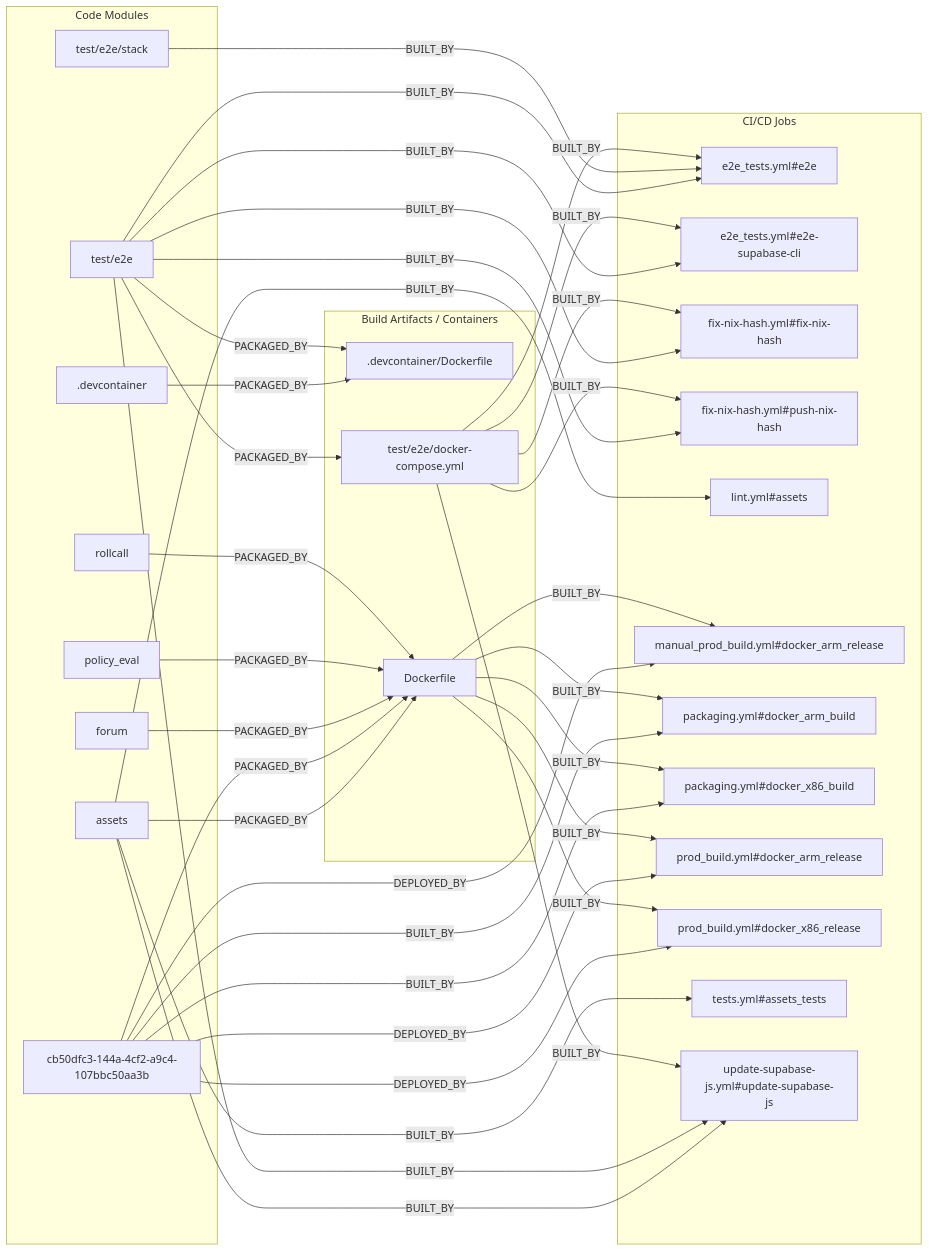
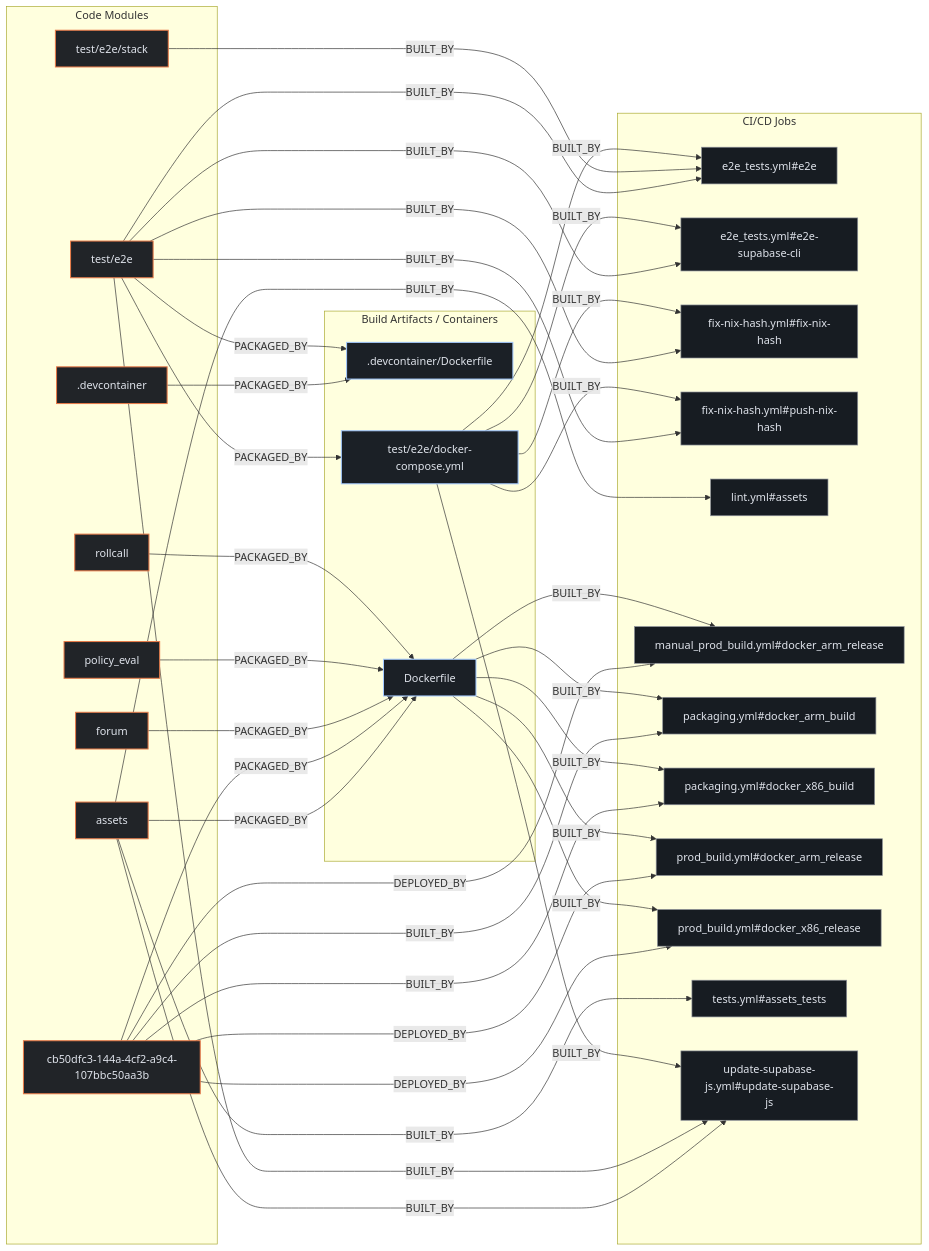
The second of 3 diagrams in exports/latest/reports/supabase-realtime-report.md (kumarshaz/atruss-code-atlas), drawn with Mermaid before and after one commit. The commit also changed other lines of this file and 331 other files, not shown here.

Commit message:
docs,ui,fix: update SDLC docs, reorder CI/CD DAG first, stylize Mermaid, and fix Arc42 pipeline topology

````diff
--- a/exports/latest/reports/supabase-realtime-report.md
+++ b/exports/latest/reports/supabase-realtime-report.md
@@ -220,64 +227,68 @@
 ```mermaid
 flowchart LR
+    classDef atlasCategory fill:#212428,stroke:#E87A48,stroke-width:1.5px,color:#dfe3eb
+    classDef atlasWorkflow fill:#1b2026,stroke:#a3c9ff,stroke-width:1.5px,color:#dfe3eb
+    classDef atlasJob fill:#171c22,stroke:#8d9199,stroke-width:1px,color:#dfe3eb
+    classDef atlasTarget fill:#005227,stroke:#8bd99b,stroke-width:1.5px,color:#a7f6b6
     subgraph code_modules["Code Modules"]
-        mod__devcontainer[".devcontainer"]
-        mod_assets["assets"]
-        mod_cb50dfc3_144a_4cf2_a9c4_107bbc50aa3b["cb50dfc3-144a-4cf2-a9c4-107bbc50aa3b"]
-        mod_forum["forum"]
-        mod_policy_eval["policy_eval"]
-        mod_rollcall["rollcall"]
-        mod_test_e2e["test/e2e"]
-        mod_test_e2e_stack["test/e2e/stack"]
+        mod__devcontainer[".devcontainer"]:::atlasCategory
+        mod_assets["assets"]:::atlasCategory
+        mod_cb50dfc3_144a_4cf2_a9c4_107bbc50aa3b["cb50dfc3-144a-4cf2-a9c4-107bbc50aa3b"]:::atlasCategory
+        mod_forum["forum"]:::atlasCategory
+        mod_policy_eval["policy_eval"]:::atlasCategory
+        mod_rollcall["rollcall"]:::atlasCategory
+        mod_test_e2e["test/e2e"]:::atlasCategory
+        mod_test_e2e_stack["test/e2e/stack"]:::atlasCategory
     end
     subgraph build_artifacts["Build Artifacts / Containers"]
-        art__devcontainer_Dockerfile[".devcontainer/Dockerfile"]
-        art_Dockerfile["Dockerfile"]
-        art_test_e2e_docker_compose_yml["test/e2e/docker-compose.yml"]
+        art__devcontainer_Dockerfile[".devcontainer/Dockerfile"]:::atlasWorkflow
+        art_Dockerfile["Dockerfile"]:::atlasWorkflow
+        art_test_e2e_docker_compose_yml["test/e2e/docker-compose.yml"]:::atlasWorkflow
     end
     subgraph ci_jobs["CI/CD Jobs"]
-        job_e2e_tests_yml_e2e["e2e_tests.yml#e2e"]
-        job_e2e_tests_yml_e2e_supabase_cli["e2e_tests.yml#e2e-supabase-cli"]
-        job_fix_nix_hash_yml_fix_nix_hash["fix-nix-hash.yml#fix-nix-hash"]
-        job_fix_nix_hash_yml_push_nix_hash["fix-nix-hash.yml#push-nix-hash"]
-        job_lint_yml_assets["lint.yml#assets"]
-        job_manual_prod_build_yml_docker_arm_release["manual_prod_build.yml#docker_arm_release"]
-        job_packaging_yml_docker_arm_build["packaging.yml#docker_arm_build"]
-        job_packaging_yml_docker_x86_build["packaging.yml#docker_x86_build"]
-        job_prod_build_yml_docker_arm_release["prod_build.yml#docker_arm_release"]
-        job_prod_build_yml_docker_x86_release["prod_build.yml#docker_x86_release"]
-        job_tests_yml_assets_tests["tests.yml#assets_tests"]
-        job_update_supabase_js_yml_update_supabase_js["update-supabase-js.yml#update-supabase-js"]
+        job_e2e_tests_yml_e2e["e2e_tests.yml#e2e"]:::atlasJob
+        job_e2e_tests_yml_e2e_supabase_cli["e2e_tests.yml#e2e-supabase-cli"]:::atlasJob
+        job_fix_nix_hash_yml_fix_nix_hash["fix-nix-hash.yml#fix-nix-hash"]:::atlasJob
+        job_fix_nix_hash_yml_push_nix_hash["fix-nix-hash.yml#push-nix-hash"]:::atlasJob
+        job_lint_yml_assets["lint.yml#assets"]:::atlasJob
+        job_manual_prod_build_yml_docker_arm_release["manual_prod_build.yml#docker_arm_release"]:::atlasJob
+        job_packaging_yml_docker_arm_build["packaging.yml#docker_arm_build"]:::atlasJob
+        job_packaging_yml_docker_x86_build["packaging.yml#docker_x86_build"]:::atlasJob
+        job_prod_build_yml_docker_arm_release["prod_build.yml#docker_arm_release"]:::atlasJob
+        job_prod_build_yml_docker_x86_release["prod_build.yml#docker_x86_release"]:::atlasJob
+        job_tests_yml_assets_tests["tests.yml#assets_tests"]:::atlasJob
+        job_update_supabase_js_yml_update_supabase_js["update-supabase-js.yml#update-supabase-js"]:::atlasJob
     end
     mod__devcontainer -->|PACKAGED_BY| art__devcontainer_Dockerfile
     mod_assets -->|BUILT_BY| job_lint_yml_assets
     mod_assets -->|BUILT_BY| job_tests_yml_assets_tests
     mod_assets -->|BUILT_BY| job_update_supabase_js_yml_update_supabase_js
     mod_assets -->|PACKAGED_BY| art_Dockerfile
     mod_cb50dfc3_144a_4cf2_a9c4_107bbc50aa3b -->|BUILT_BY| job_packaging_yml_docker_arm_build
     mod_cb50dfc3_144a_4cf2_a9c4_107bbc50aa3b -->|BUILT_BY| job_packaging_yml_docker_x86_build
     mod_cb50dfc3_144a_4cf2_a9c4_107bbc50aa3b -->|DEPLOYED_BY| job_manual_prod_build_yml_docker_arm_release
     mod_cb50dfc3_144a_4cf2_a9c4_107bbc50aa3b -->|DEPLOYED_BY| job_prod_build_yml_docker_arm_release
     mod_cb50dfc3_144a_4cf2_a9c4_107bbc50aa3b -->|DEPLOYED_BY| job_prod_build_yml_docker_x86_release
     mod_cb50dfc3_144a_4cf2_a9c4_107bbc50aa3b -->|PACKAGED_BY| art_Dockerfile
     mod_forum -->|PACKAGED_BY| art_Dockerfile
     mod_policy_eval -->|PACKAGED_BY| art_Dockerfile
     mod_rollcall -->|PACKAGED_BY| art_Dockerfile
     mod_test_e2e -->|BUILT_BY| job_e2e_tests_yml_e2e
     mod_test_e2e -->|BUILT_BY| job_e2e_tests_yml_e2e_supabase_cli
     mod_test_e2e -->|BUILT_BY| job_fix_nix_hash_yml_fix_nix_hash
     mod_test_e2e -->|BUILT_BY| job_fix_nix_hash_yml_push_nix_hash
     mod_test_e2e -->|BUILT_BY| job_update_supabase_js_yml_update_supabase_js
     mod_test_e2e -->|PACKAGED_BY| art__devcontainer_Dockerfile
     mod_test_e2e -->|PACKAGED_BY| art_test_e2e_docker_compose_yml
     mod_test_e2e_stack -->|BUILT_BY| job_e2e_tests_yml_e2e
     art_Dockerfile -->|BUILT_BY| job_manual_prod_build_yml_docker_arm_release
     art_Dockerfile -->|BUILT_BY| job_packaging_yml_docker_arm_build
     art_Dockerfile -->|BUILT_BY| job_packaging_yml_docker_x86_build
     art_Dockerfile -->|BUILT_BY| job_prod_build_yml_docker_arm_release
     art_Dockerfile -->|BUILT_BY| job_prod_build_yml_docker_x86_release
     art_test_e2e_docker_compose_yml -->|BUILT_BY| job_e2e_tests_yml_e2e
     art_test_e2e_docker_compose_yml -->|BUILT_BY| job_e2e_tests_yml_e2e_supabase_cli
     art_test_e2e_docker_compose_yml -->|BUILT_BY| job_fix_nix_hash_yml_fix_nix_hash
     art_test_e2e_docker_compose_yml -->|BUILT_BY| job_fix_nix_hash_yml_push_nix_hash
     art_test_e2e_docker_compose_yml -->|BUILT_BY| job_update_supabase_js_yml_update_supabase_js
 ```
````
